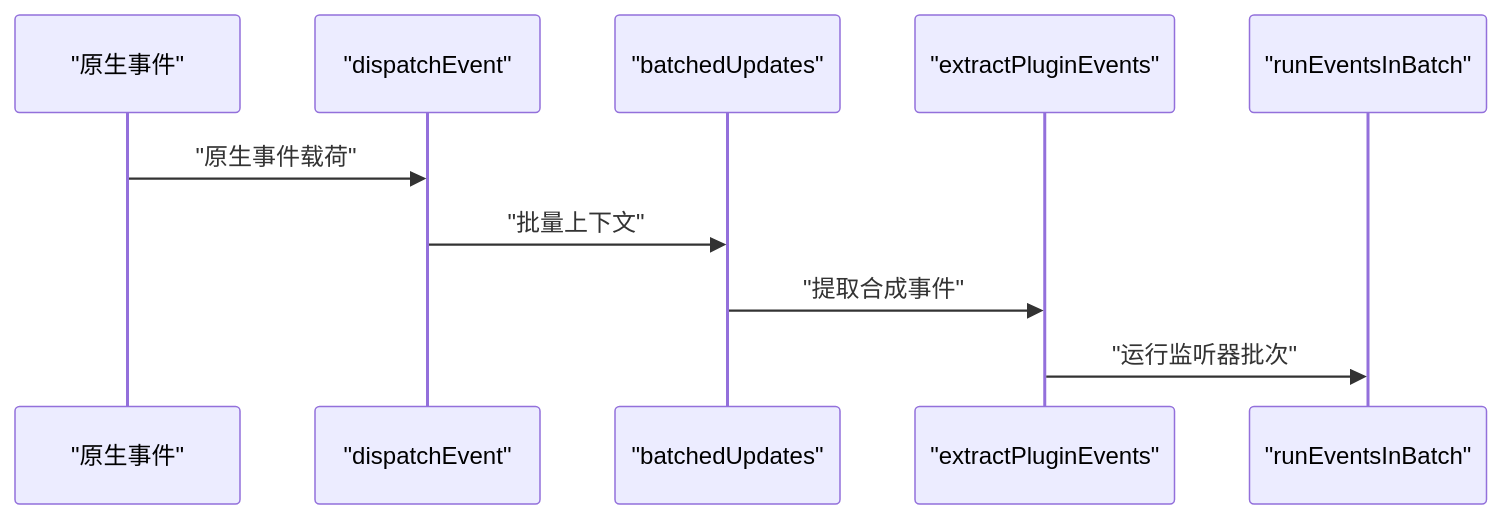
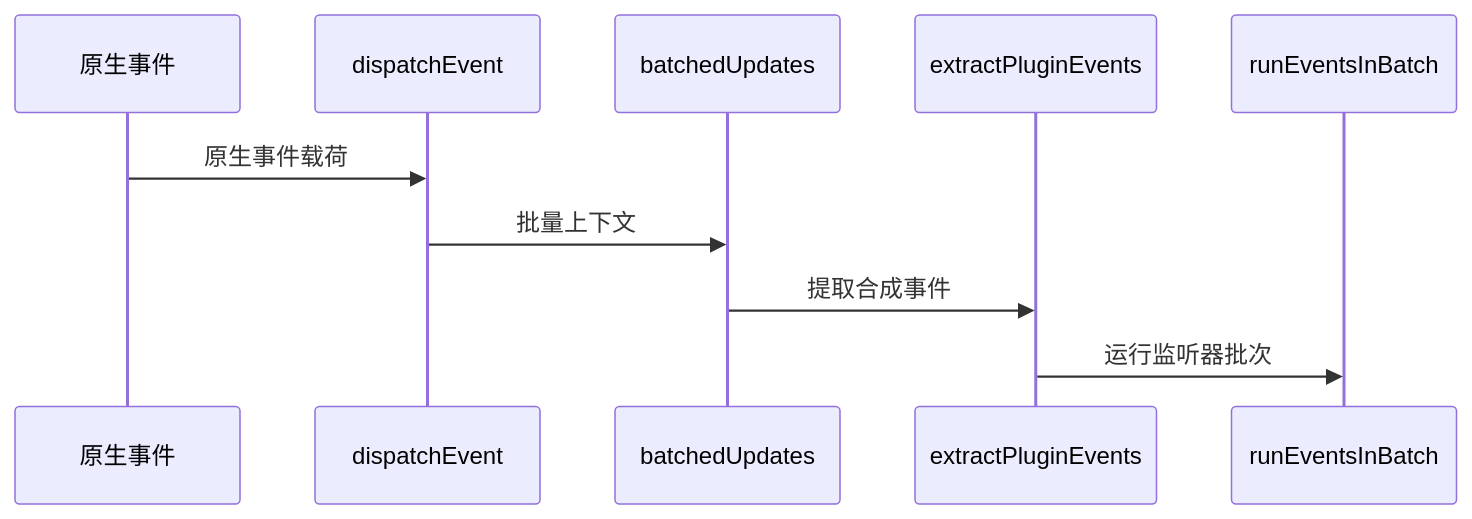
The fourth of 8 diagrams in docs/react/r19/react-native-architecture.md (Shyu-x/frontend-interview), drawn with Mermaid before and after one commit. The commit also changed other lines of this file and 23 other files, not shown here.

First line of the commit message:
fix(docs): 修复 28 张无法渲染的 Mermaid 图，新增真实解析器校验与 PDF 下载页

````diff
--- a/docs/react/r19/react-native-architecture.md
+++ b/docs/react/r19/react-native-architecture.md
@@ -477,12 +477,12 @@
 ```mermaid
 sequenceDiagram
-    participant N as "原生事件"
-    participant E as "dispatchEvent"
-    participant B as "batchedUpdates"
-    participant P as "extractPluginEvents"
-    participant R as "runEventsInBatch"
-    N->>E: "原生事件载荷"
-    E->>B: "批量上下文"
-    B->>P: "提取合成事件"
-    P->>R: "运行监听器批次"
+    participant N as 原生事件
+    participant E as dispatchEvent
+    participant B as batchedUpdates
+    participant P as extractPluginEvents
+    participant R as runEventsInBatch
+    N->>E: 原生事件载荷
+    E->>B: 批量上下文
+    B->>P: 提取合成事件
+    P->>R: 运行监听器批次
 ```
````
